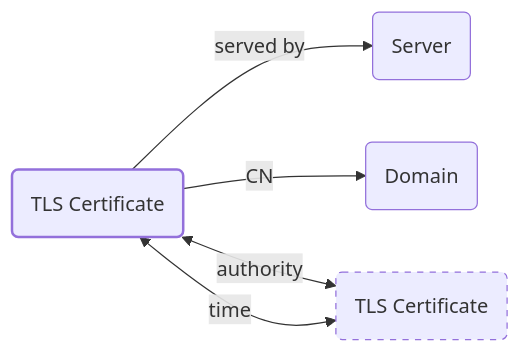
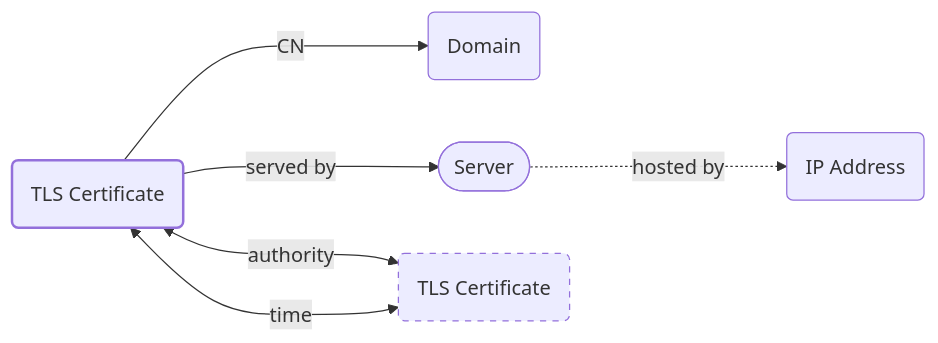
The diagram in docs/artifacts/tls-certificate.md (korniko98/pivot-atlas), drawn with Mermaid before and after one commit. The commit also changed 8 other files, not shown here.

Commit message:
Merge IP address and server

````diff
--- a/docs/artifacts/tls-certificate.md
+++ b/docs/artifacts/tls-certificate.md
@@ -31,22 +31,24 @@
 	```mermaid
 	flowchart LR
 		classDef primary stroke-width: 2px
 		classDef secondary stroke-dasharray: 5 5
 		
 		%% define nodes
 		DOMAIN(Domain)
-		SERVER(Server)
+		SERVER([Server])
+		IP_ADDRESS(IP Address)
 		TLS_CERT(TLS Certificate):::primary
 		TLS_CERT_(TLS Certificate):::secondary
 		
 		%% define edges
-		TLS_CERT -- served by--> SERVER
-		TLS_CERT -- CN --> DOMAIN
-		TLS_CERT <-- authority--> TLS_CERT_
-		TLS_CERT <-- time--> TLS_CERT_
+		TLS_CERT -- served by ---> SERVER
+		SERVER -. hosted by ..-> IP_ADDRESS
+		TLS_CERT -- CN ---> DOMAIN
+		TLS_CERT <-- authority ---> TLS_CERT_
+		TLS_CERT <-- time --> TLS_CERT_
 		
 		%% define links
 		click DOMAIN "#domains"
 		click SERVER "#servers"
 		click TLS_CERT_ "#tls-certificates"
 	```
````
